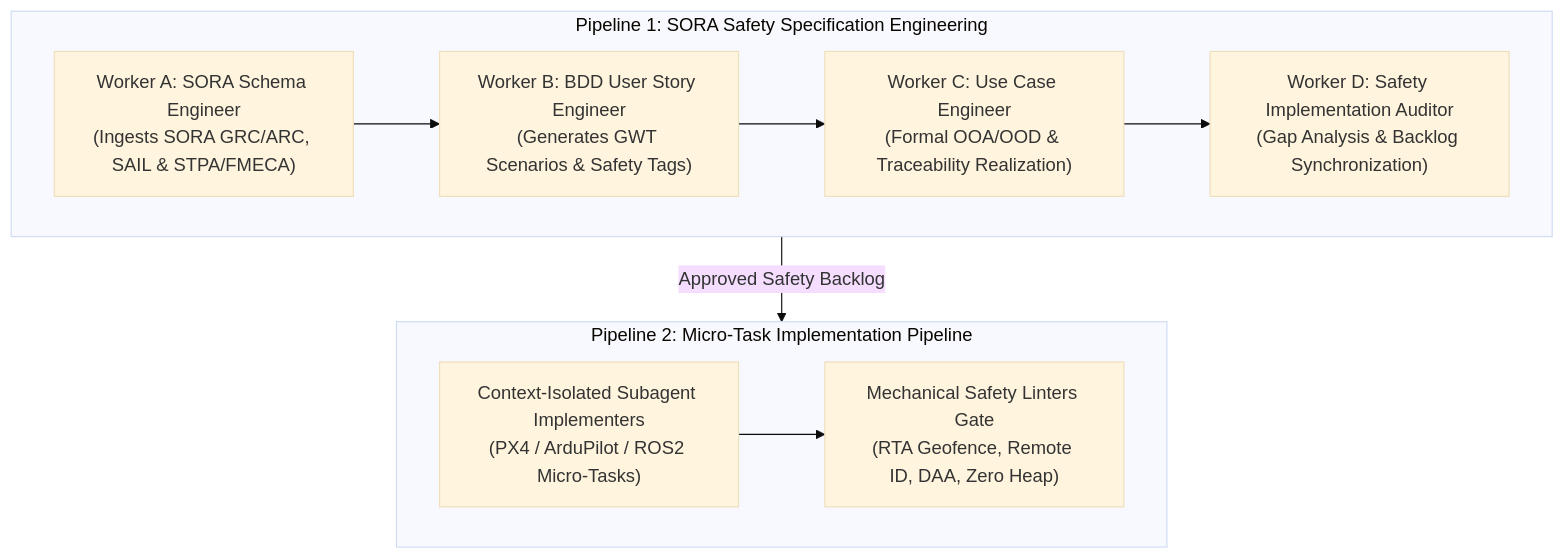
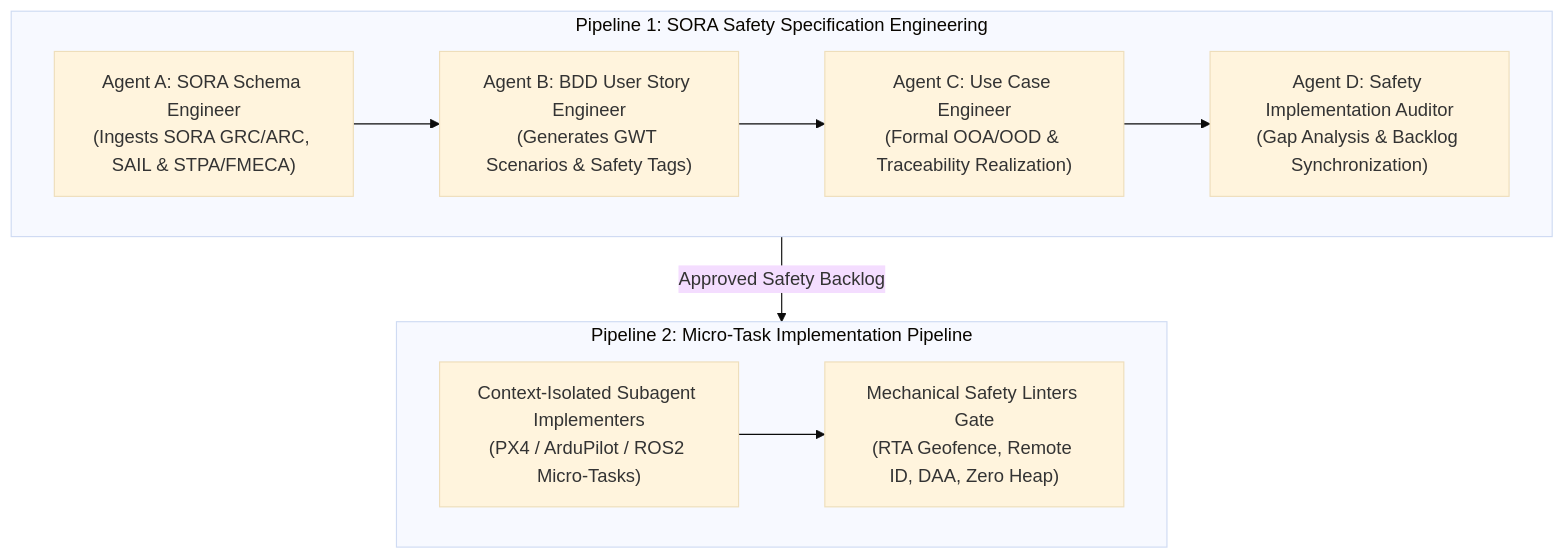
One commit to gintatkinson/digital-pipeline-repo changed the fifth of 7 diagrams in docs/architecture/blueprints/DEAP_UAS_INFRASTRUCTURE_SAFETY_CONCEPT_PAPER.md. Above: the diagram before and after it, drawn with Mermaid (base theme). The commit also changed other lines of this file, not shown here.

Commit message:
docs: update master-worker to master-agent in DEAP UAS safety concept paper

````diff
--- a/docs/architecture/blueprints/DEAP_UAS_INFRASTRUCTURE_SAFETY_CONCEPT_PAPER.md
+++ b/docs/architecture/blueprints/DEAP_UAS_INFRASTRUCTURE_SAFETY_CONCEPT_PAPER.md
@@ -324,20 +324,20 @@
 ```mermaid
 flowchart TD
     subgraph Pipe1 ["Pipeline 1: SORA Safety Specification Engineering"]
-        WorkerA["Worker A: SORA Schema Engineer\n(Ingests SORA GRC/ARC, SAIL & STPA/FMECA)"]
-        WorkerB["Worker B: BDD User Story Engineer\n(Generates GWT Scenarios & Safety Tags)"]
-        WorkerC["Worker C: Use Case Engineer\n(Formal OOA/OOD & Traceability Realization)"]
-        WorkerD["Worker D: Safety Implementation Auditor\n(Gap Analysis & Backlog Synchronization)"]
+        AgentA["Agent A: SORA Schema Engineer\n(Ingests SORA GRC/ARC, SAIL & STPA/FMECA)"]
+        AgentB["Agent B: BDD User Story Engineer\n(Generates GWT Scenarios & Safety Tags)"]
+        AgentC["Agent C: Use Case Engineer\n(Formal OOA/OOD & Traceability Realization)"]
+        AgentD["Agent D: Safety Implementation Auditor\n(Gap Analysis & Backlog Synchronization)"]
 
-        WorkerA --> WorkerB --> WorkerC --> WorkerD
+        AgentA --> AgentB --> AgentC --> AgentD
     end
 
     subgraph Pipe2 ["Pipeline 2: Micro-Task Implementation Pipeline"]
         SubImpl["Context-Isolated Subagent Implementers\n(PX4 / ArduPilot / ROS2 Micro-Tasks)"]
         SafetyGate["Mechanical Safety Linters Gate\n(RTA Geofence, Remote ID, DAA, Zero Heap)"]
 
         SubImpl --> SafetyGate
     end
 
     Pipe1 -->|"Approved Safety Backlog"| Pipe2
 ```
````
